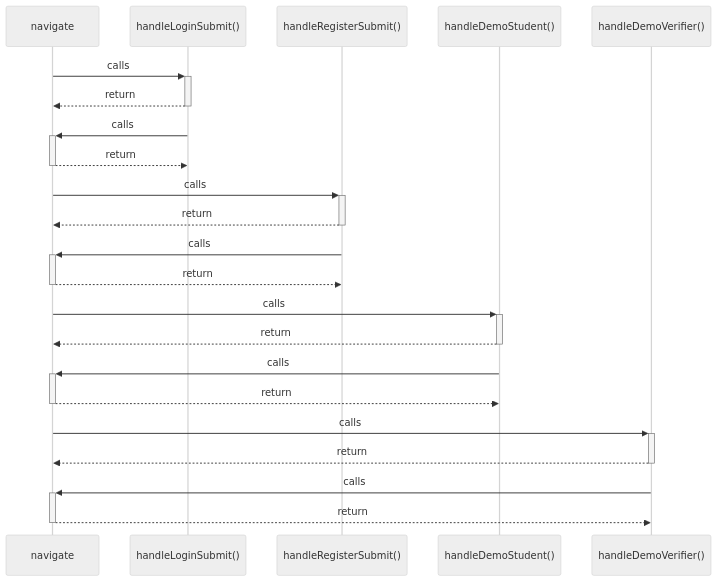
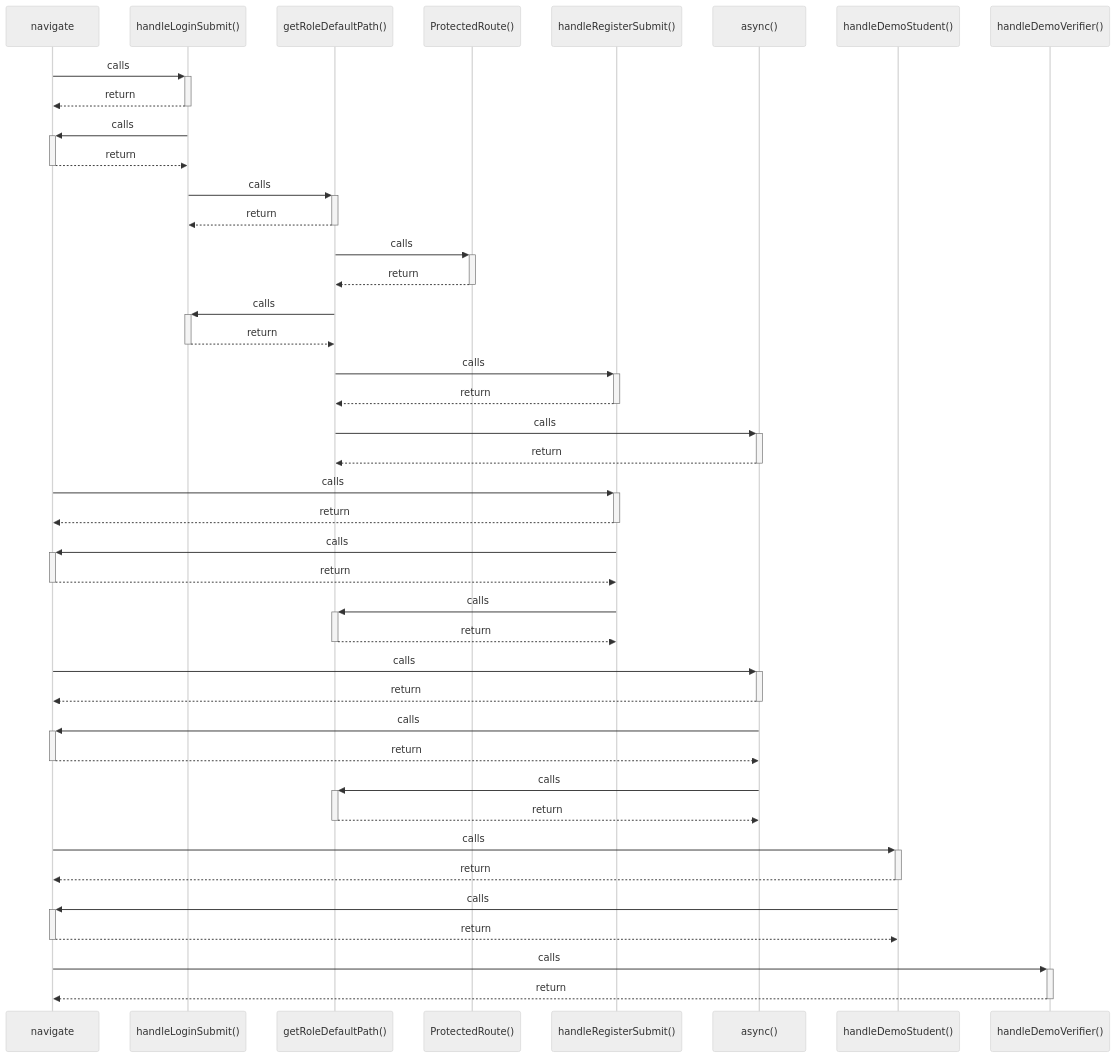
Before and after one commit to FY72X9/i-can-app: the diagram in graphify-out/wiki/navigate.md, drawn with Mermaid (neutral theme). The commit also changed other lines of this file and 54 other files, not shown here.

Commit message:
docs: generate graphify knowledge graph and wiki documentation

````diff
--- a/graphify-out/wiki/navigate.md
+++ b/graphify-out/wiki/navigate.md
@@ -7,24 +7,43 @@
 ```mermaid
 sequenceDiagram
     participant P0 as navigate
     participant P1 as handleLoginSubmit()
-    participant P2 as handleRegisterSubmit()
-    participant P3 as handleDemoStudent()
-    participant P4 as handleDemoVerifier()
+    participant P2 as getRoleDefaultPath()
+    participant P3 as ProtectedRoute()
+    participant P4 as handleRegisterSubmit()
+    participant P5 as async()
+    participant P6 as handleDemoStudent()
+    participant P7 as handleDemoVerifier()
     P0->>+ P1: calls
     P1-->>- P0: return
     P1->>+ P0: calls
     P0-->>- P1: return
-    P0->>+ P2: calls
-    P2-->>- P0: return
-    P2->>+ P0: calls
-    P0-->>- P2: return
-    P0->>+ P3: calls
-    P3-->>- P0: return
-    P3->>+ P0: calls
-    P0-->>- P3: return
+    P1->>+ P2: calls
+    P2-->>- P1: return
+    P2->>+ P3: calls
+    P3-->>- P2: return
+    P2->>+ P1: calls
+    P1-->>- P2: return
+    P2->>+ P4: calls
+    P4-->>- P2: return
+    P2->>+ P5: calls
+    P5-->>- P2: return
     P0->>+ P4: calls
     P4-->>- P0: return
     P4->>+ P0: calls
     P0-->>- P4: return
+    P4->>+ P2: calls
+    P2-->>- P4: return
+    P0->>+ P5: calls
+    P5-->>- P0: return
+    P5->>+ P0: calls
+    P0-->>- P5: return
+    P5->>+ P2: calls
+    P2-->>- P5: return
+    P0->>+ P6: calls
+    P6-->>- P0: return
+    P6->>+ P0: calls
+    P0-->>- P6: return
+    P0->>+ P7: calls
+    P7-->>- P0: return
 ```
````
